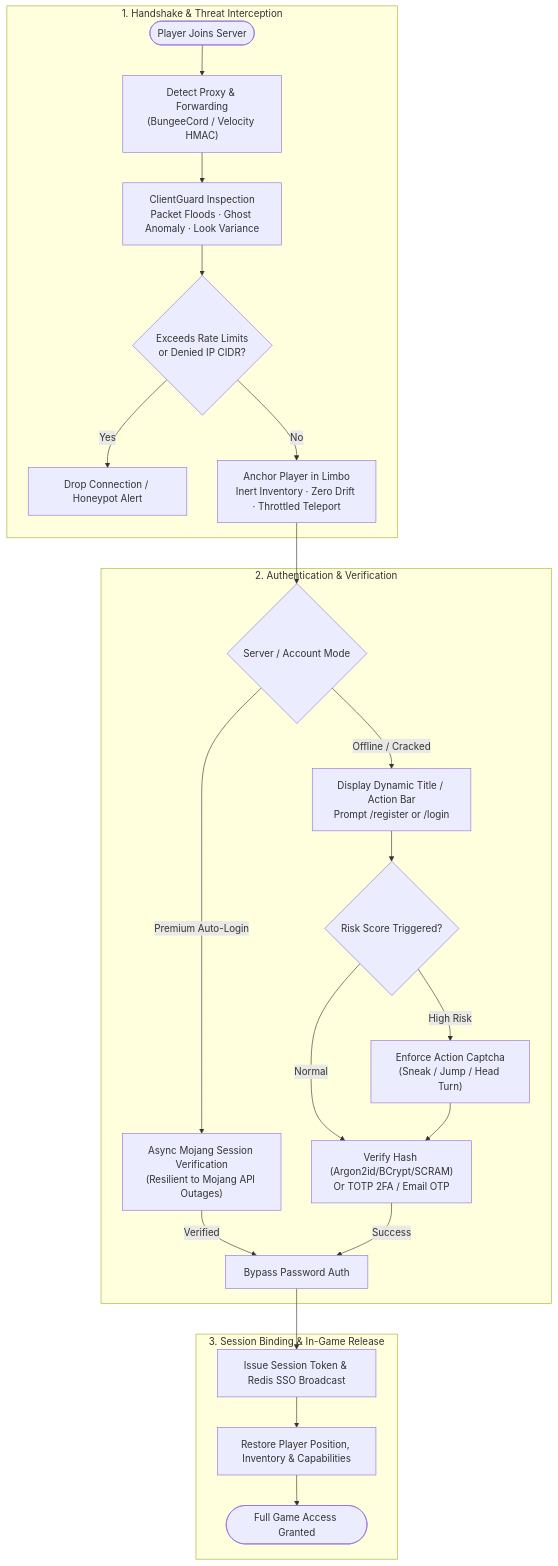
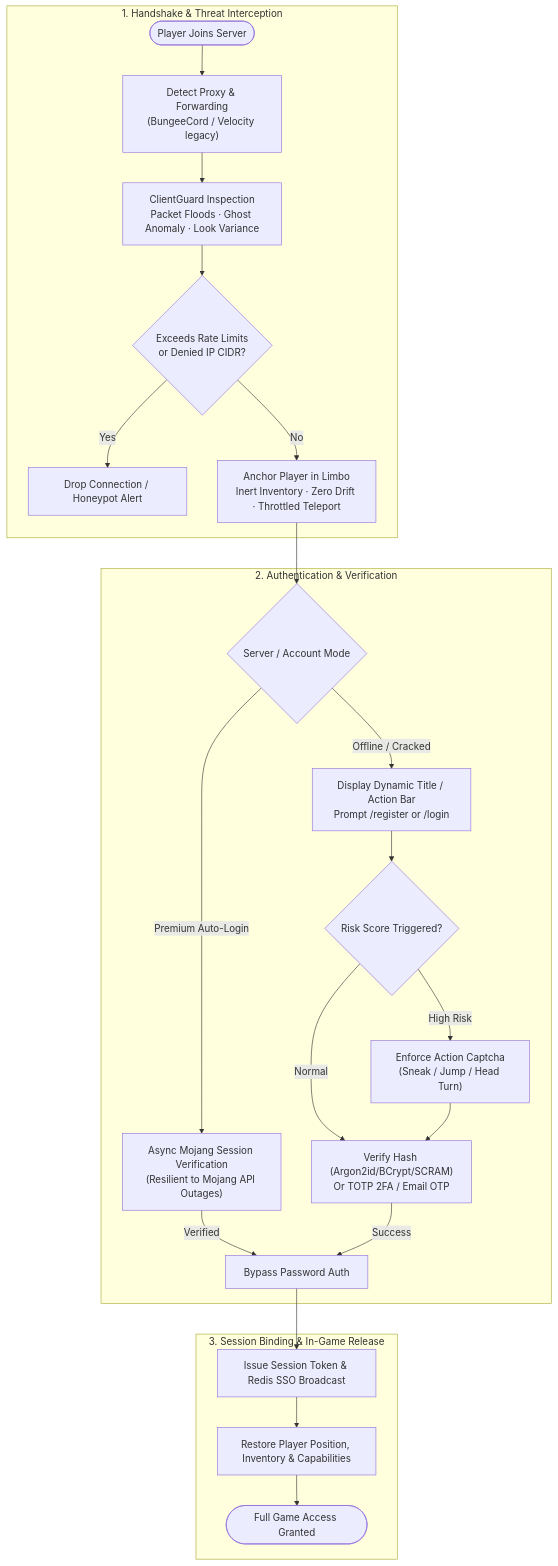
The second of 2 diagrams in README.md (PotenFYR-Studios/AuthCore), drawn with Mermaid before and after one commit. The commit also changed other lines of this file and 15 other files, not shown here.

````diff
--- a/README.md
+++ b/README.md
@@ -133,28 +133,28 @@
 ```mermaid
 flowchart TD
     subgraph Connect["1. Handshake & Threat Interception"]
-        Join([Player Joins Server]) --> DetectProxy["Detect Proxy & Forwarding\n(BungeeCord / Velocity HMAC)"]
+        Join([Player Joins Server]) --> DetectProxy["Detect Proxy & Forwarding\n(BungeeCord / Velocity legacy)"]
         DetectProxy --> Intercept["ClientGuard Inspection\nPacket Floods · Ghost Anomaly · Look Variance"]
         Intercept --> RateLimit{"Exceeds Rate Limits\nor Denied IP CIDR?"}
         RateLimit -->|Yes| KickDrop["Drop Connection / Honeypot Alert"]
         RateLimit -->|No| Limbo["Anchor Player in Limbo\nInert Inventory · Zero Drift · Throttled Teleport"]
     end
 
     subgraph AuthEval["2. Authentication & Verification"]
         Limbo --> CheckMode{"Server / Account Mode"}
         CheckMode -->|Premium Auto-Login| MojangCheck["Async Mojang Session Verification\n(Resilient to Mojang API Outages)"]
         MojangCheck -->|Verified| PassAuth["Bypass Password Auth"]
         CheckMode -->|Offline / Cracked| PromptAuth["Display Dynamic Title / Action Bar\nPrompt /register or /login"]
         PromptAuth --> CaptchaCheck{"Risk Score Triggered?"}
         CaptchaCheck -->|High Risk| TaskCaptcha["Enforce Action Captcha\n(Sneak / Jump / Head Turn)"]
         CaptchaCheck -->|Normal| CredentialCheck["Verify Hash (Argon2id/BCrypt/SCRAM)\nOr TOTP 2FA / Email OTP"]
         TaskCaptcha --> CredentialCheck
     end
 
     subgraph SessionBind["3. Session Binding & In-Game Release"]
         CredentialCheck -->|Success| PassAuth
         PassAuth --> SessionIssue["Issue Session Token & Redis SSO Broadcast"]
         SessionIssue --> RestoreState["Restore Player Position, Inventory & Capabilities"]
         RestoreState --> InGame([Full Game Access Granted])
     end
 ```
````
